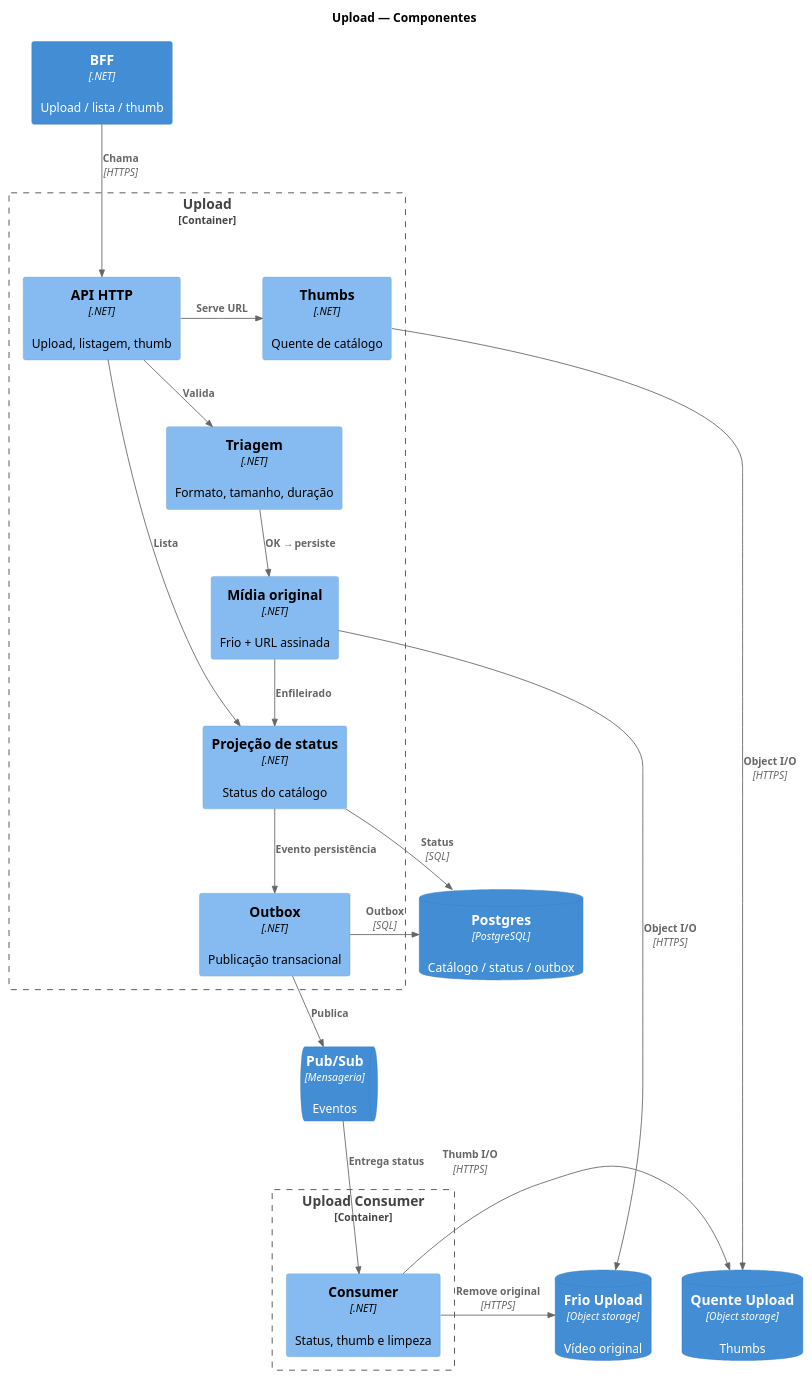
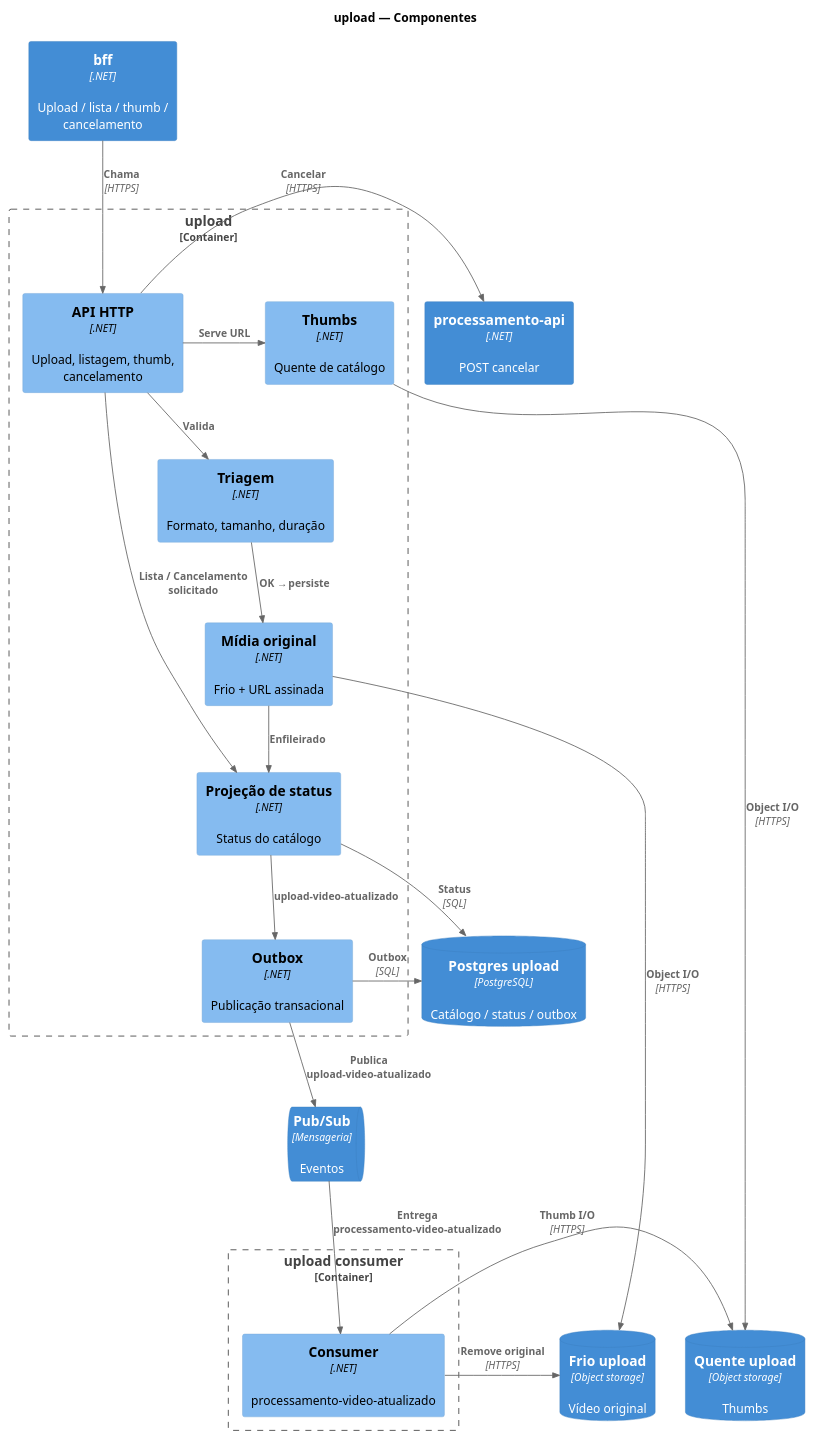
Before and after one commit to fiap-x-vcosta/docs: the diagram in arquitetura/06_componentes-upload.puml, drawn with PlantUML. The commit also changed 41 other files, not shown here.

First line of the commit message:
docs: unificar tópicos upload/processamento e padronizar serviços

```diff
--- a/arquitetura/06_componentes-upload.puml
+++ b/arquitetura/06_componentes-upload.puml
@@ -1,47 +1,48 @@
 @startuml 06_componentes-upload
 !include https://raw.githubusercontent.com/plantuml-stdlib/C4-PlantUML/master/C4_Component.puml
 
 LAYOUT_TOP_DOWN()
 HIDE_STEREOTYPE()
 
-title Upload — Componentes
+title upload — Componentes
 
-Container(bff, "BFF", ".NET", "Upload / lista / thumb")
+Container(bff, "bff", ".NET", "Upload / lista / thumb / cancelamento")
+Container(procApi, "processamento-api", ".NET", "POST cancelar")
 
-Container_Boundary(uploadApi, "Upload") {
-  Component(api, "API HTTP", ".NET", "Upload, listagem, thumb")
+Container_Boundary(uploadApi, "upload") {
+  Component(api, "API HTTP", ".NET", "Upload, listagem, thumb, cancelamento")
   Component(triagem, "Triagem", ".NET", "Formato, tamanho, duração")
   Component(midia, "Mídia original", ".NET", "Frio + URL assinada")
   Component(statusProj, "Projeção de status", ".NET", "Status do catálogo")
   Component(outbox, "Outbox", ".NET", "Publicação transacional")
   Component(thumbs, "Thumbs", ".NET", "Quente de catálogo")
 }
 
 ContainerQueue(pubsub, "Pub/Sub", "Mensageria", "Eventos")
 
-Container_Boundary(uploadConsumer, "Upload Consumer") {
-  Component(consumer, "Consumer", ".NET", "Status, thumb e limpeza")
+Container_Boundary(uploadConsumer, "upload consumer") {
+  Component(consumer, "Consumer", ".NET", "processamento-video-atualizado")
 }
 
-ContainerDb(pg, "Postgres", "PostgreSQL", "Catálogo / status / outbox")
-ContainerDb(frio, "Frio Upload", "Object storage", "Vídeo original")
-ContainerDb(quente, "Quente Upload", "Object storage", "Thumbs")
+ContainerDb(pg, "Postgres upload", "PostgreSQL", "Catálogo / status / outbox")
+ContainerDb(frio, "Frio upload", "Object storage", "Vídeo original")
+ContainerDb(quente, "Quente upload", "Object storage", "Thumbs")
 
 Rel_D(bff, api, "Chama", "HTTPS")
 Rel_D(api, triagem, "Valida")
 Rel_D(triagem, midia, "OK → persiste")
 Rel_D(midia, statusProj, "Enfileirado")
-Rel_D(statusProj, outbox, "Evento persistência")
-Rel_D(outbox, pubsub, "Publica")
-Rel_D(pubsub, consumer, "Entrega status")
-
+Rel_D(statusProj, outbox, "upload-video-atualizado")
+Rel_D(outbox, pubsub, "Publica upload-video-atualizado")
+Rel_D(pubsub, consumer, "Entrega processamento-video-atualizado")
+Rel_R(api, procApi, "Cancelar", "HTTPS")
 Rel_R(api, thumbs, "Serve URL")
-Rel_R(api, statusProj, "Lista")
+Rel_R(api, statusProj, "Lista / Cancelamento solicitado")
 Rel_R(midia, frio, "Object I/O", "HTTPS")
 Rel_R(thumbs, quente, "Object I/O", "HTTPS")
 Rel_R(outbox, pg, "Outbox", "SQL")
 Rel_R(statusProj, pg, "Status", "SQL")
 Rel_R(consumer, frio, "Remove original", "HTTPS")
 Rel_R(consumer, quente, "Thumb I/O", "HTTPS")
 
 @enduml
```
